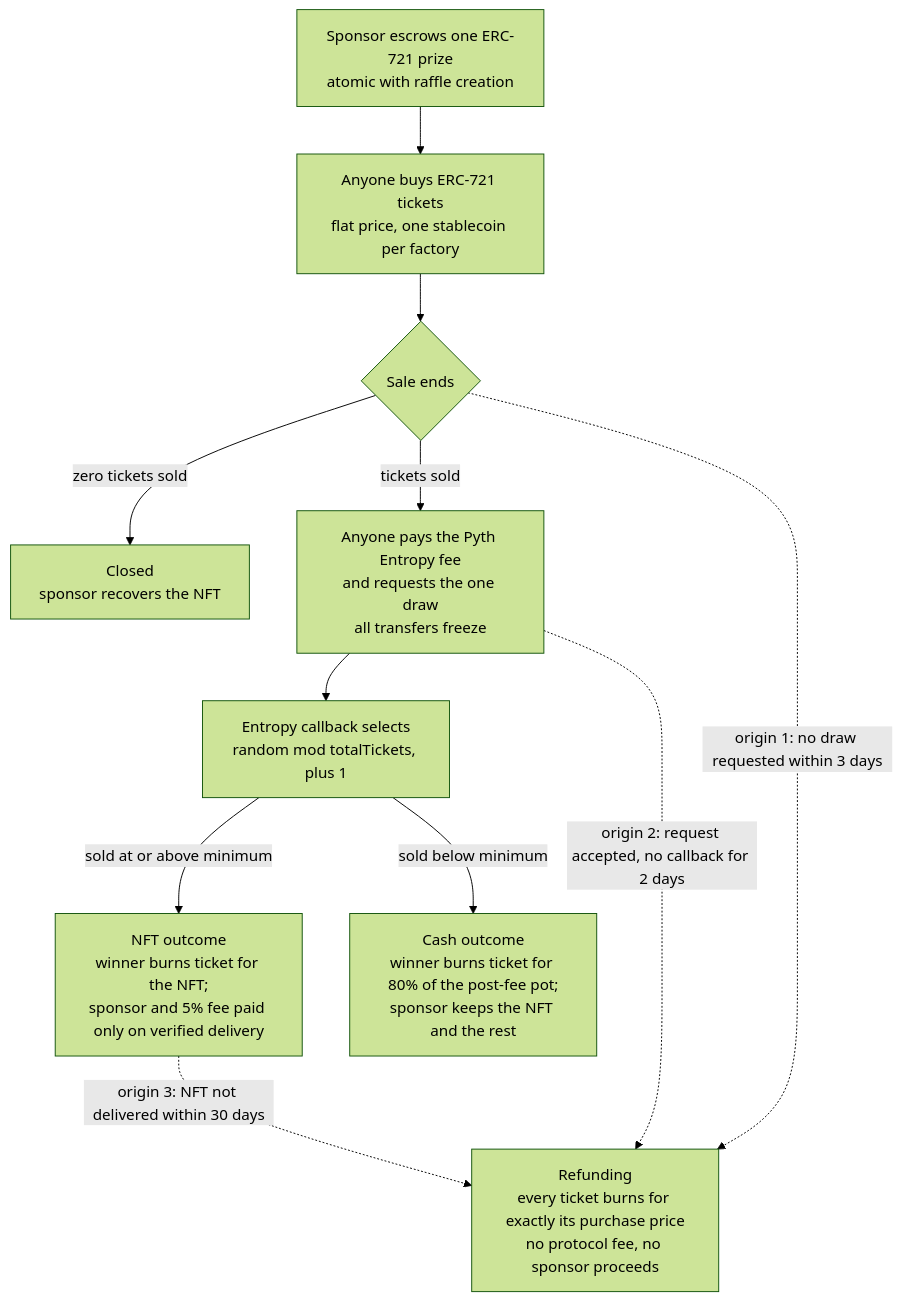
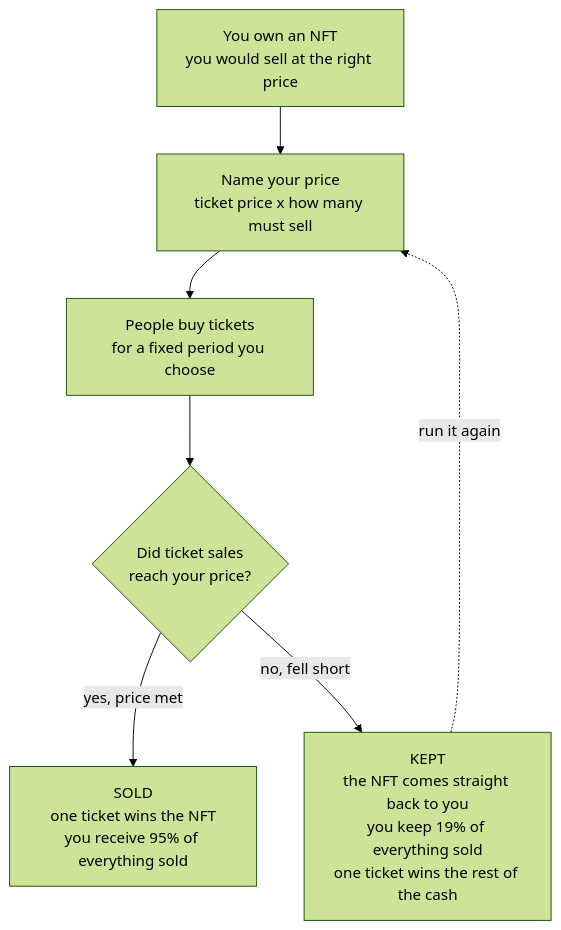
The diagram in docs/one-pagers/raffle-fun.md (Heesho/raffle-fun), drawn with Mermaid (forest theme) before and after one commit. The commit also changed other lines of this file and 6 other files, not shown here.

````diff
--- a/docs/one-pagers/raffle-fun.md
+++ b/docs/one-pagers/raffle-fun.md
@@ -42,24 +14,15 @@
 ```mermaid
 flowchart TD
-  A["Sponsor escrows one ERC-721 prize<br/>atomic with raffle creation"]
-  B["Anyone buys ERC-721 tickets<br/>flat price, one stablecoin per factory"]
-  C{"Sale ends"}
-  Z["Closed<br/>sponsor recovers the NFT"]
-  D["Anyone pays the Pyth Entropy fee<br/>and requests the one draw<br/>all transfers freeze"]
-  E["Entropy callback selects<br/>random mod totalTickets, plus 1"]
-  F["NFT outcome<br/>winner burns ticket for the NFT;<br/>sponsor and 5% fee paid only on verified delivery"]
-  G["Cash outcome<br/>winner burns ticket for 80% of the post-fee pot;<br/>sponsor keeps the NFT and the rest"]
-  R["Refunding<br/>every ticket burns for exactly its purchase price<br/>no protocol fee, no sponsor proceeds"]
-
+  A["You own an NFT<br/>you would sell at the right price"]
+  B["Name your price<br/>ticket price x how many must sell"]
+  C["People buy tickets<br/>for a fixed period you choose"]
+  D{"Did ticket sales<br/>reach your price?"}
+  E["SOLD<br/>one ticket wins the NFT<br/>you receive 95% of everything sold"]
+  F["KEPT<br/>the NFT comes straight back to you<br/>you keep 19% of everything sold<br/>one ticket wins the rest of the cash"]
   A --> B
   B --> C
-  C -->|"zero tickets sold"| Z
-  C -->|"tickets sold"| D
-  D --> E
-  E -->|"sold at or above minimum"| F
-  E -->|"sold below minimum"| G
-
-  C -.->|"origin 1: no draw requested within 3 days"| R
-  D -.->|"origin 2: request accepted, no callback for 2 days"| R
-  F -.->|"origin 3: NFT not delivered within 30 days"| R
+  C --> D
+  D -->|"yes, price met"| E
+  D -->|"no, fell short"| F
+  F -.->|"run it again"| B
 ```
````
